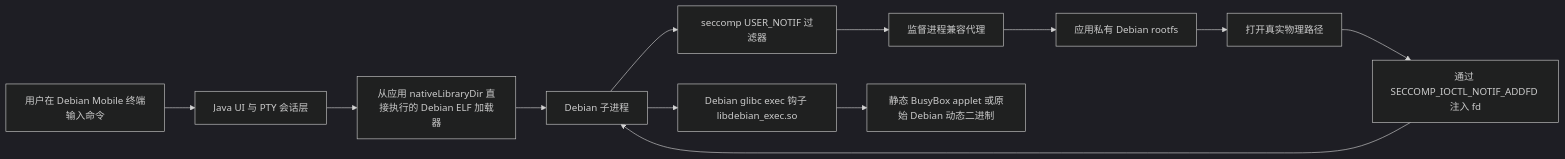
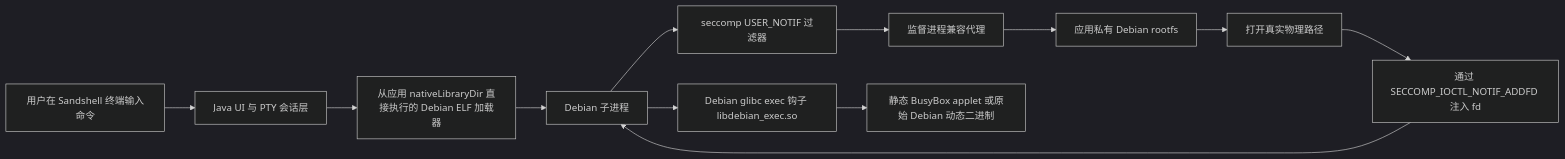
One commit to leiqiaoyu/sandshell-android changed the diagram in README.zh-CN.md. Above: the diagram before and after it, drawn with Mermaid (dark theme). The commit also changed other lines of this file and 2 other files, not shown here.

First line of the commit message:
Rebrand project to Sandshell across bilingual READMEs

````diff
--- a/README.zh-CN.md
+++ b/README.zh-CN.md
@@ -68,14 +68,14 @@
 ```mermaid
 flowchart LR
-    U[用户在 Debian Mobile 终端输入命令] --> J[Java UI 与 PTY 会话层]
+    U[用户在 Sandshell 终端输入命令] --> J[Java UI 与 PTY 会话层]
     J --> L[从应用 nativeLibraryDir 直接执行的 Debian ELF 加载器]
     L --> C[Debian 子进程]
     C --> S[seccomp USER_NOTIF 过滤器]
     S --> P[监督进程兼容代理]
     P --> R[应用私有 Debian rootfs]
     R --> F[打开真实物理路径]
     F --> A[通过 SECCOMP_IOCTL_NOTIF_ADDFD 注入 fd]
     A --> C
     C --> H[Debian glibc exec 钩子 libdebian_exec.so]
     H --> B[静态 BusyBox applet 或原始 Debian 动态二进制]
 ```
````
